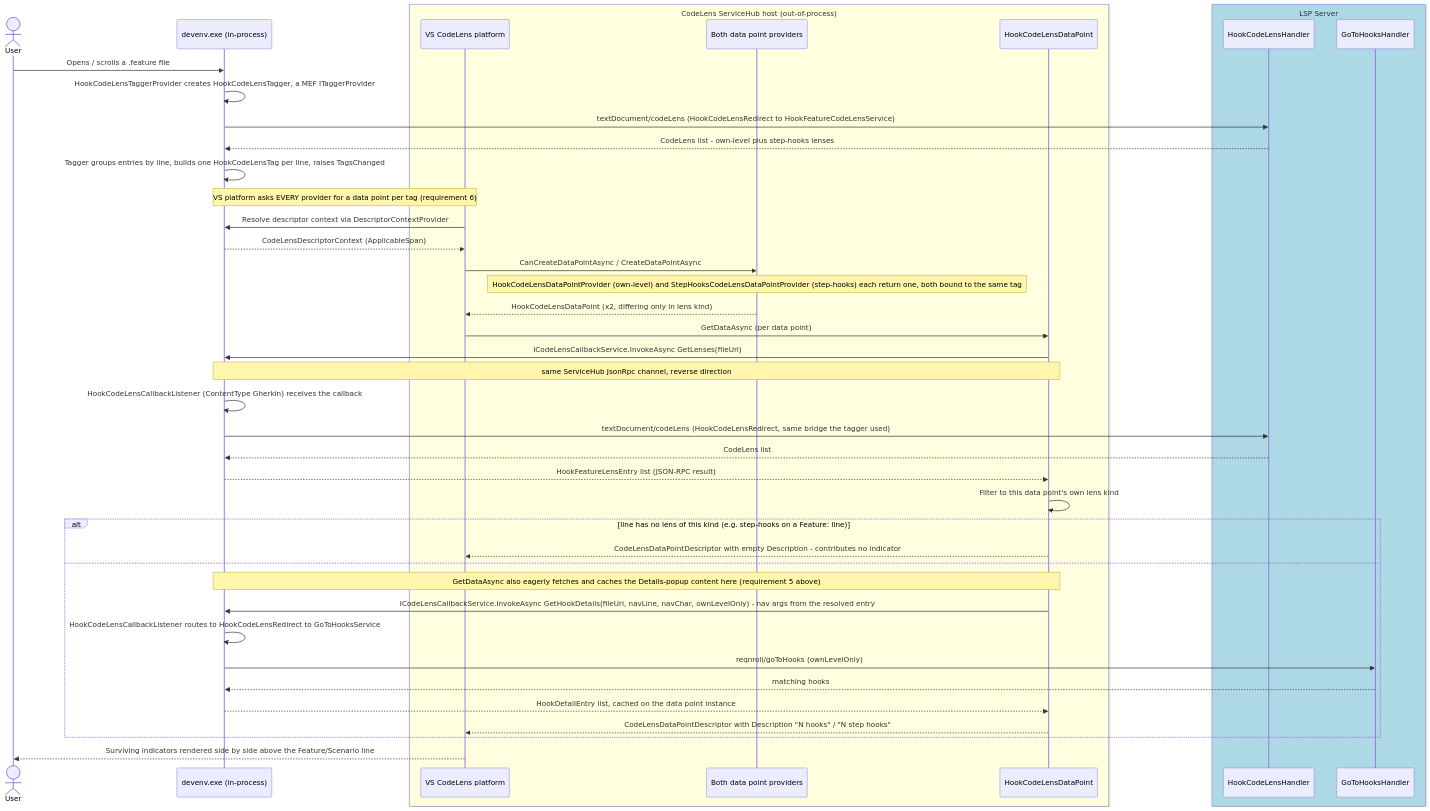
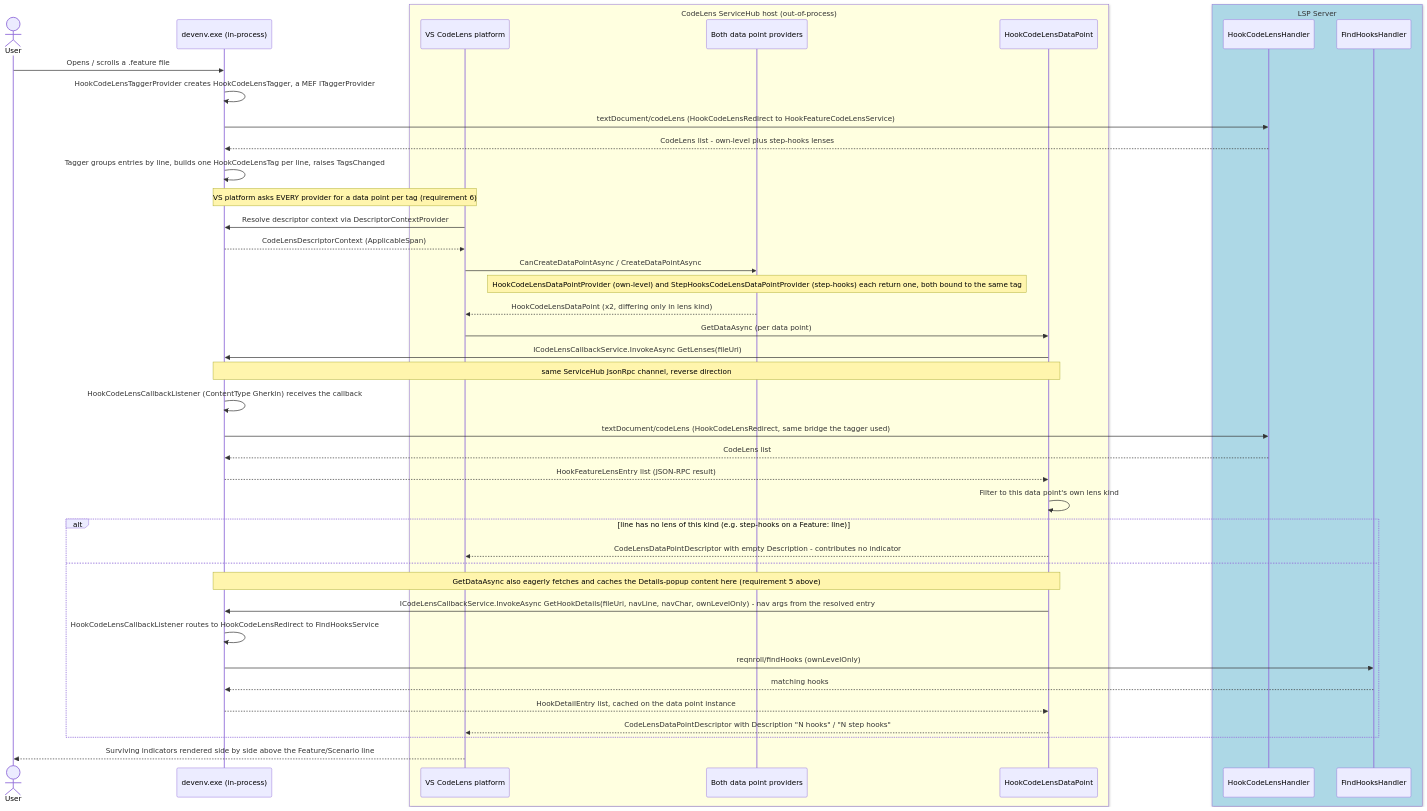
Before and after one commit to reqnroll/Reqnroll.IdeSupport: diagram 20 of 22 in docs/LSP-IDE-Support-Feature-Designs.md, drawn with Mermaid. The commit also changed other lines of this file and 62 other files, not shown here.

````diff
--- a/docs/LSP-IDE-Support-Feature-Designs.md
+++ b/docs/LSP-IDE-Support-Feature-Designs.md
@@ -1661,52 +1661,52 @@
 ```mermaid
 sequenceDiagram
     actor User
     participant IDE as devenv.exe (in-process)
 
     box LightYellow CodeLens ServiceHub host (out-of-process)
         participant Wrap as VS CodeLens platform
         participant Prov as Both data point providers
         participant DP as HookCodeLensDataPoint
     end
 
     box LightBlue LSP Server
         participant HCH as HookCodeLensHandler
-        participant GTH as GoToHooksHandler
+        participant GTH as FindHooksHandler
     end
 
     User->>IDE: Opens / scrolls a .feature file
     IDE->>IDE: HookCodeLensTaggerProvider creates HookCodeLensTagger, a MEF ITaggerProvider
     IDE->>HCH: textDocument/codeLens (HookCodeLensRedirect to HookFeatureCodeLensService)
     HCH-->>IDE: CodeLens list - own-level plus step-hooks lenses
     IDE->>IDE: Tagger groups entries by line, builds one HookCodeLensTag per line, raises TagsChanged
 
     Note over IDE,Wrap: VS platform asks EVERY provider for a data point per tag (requirement 6)
     Wrap->>IDE: Resolve descriptor context via DescriptorContextProvider
     IDE-->>Wrap: CodeLensDescriptorContext (ApplicableSpan)
     Wrap->>Prov: CanCreateDataPointAsync / CreateDataPointAsync
     Note over Prov: HookCodeLensDataPointProvider (own-level) and StepHooksCodeLensDataPointProvider (step-hooks) each return one, both bound to the same tag
     Prov-->>Wrap: HookCodeLensDataPoint (x2, differing only in lens kind)
 
     Wrap->>DP: GetDataAsync (per data point)
     DP->>IDE: ICodeLensCallbackService.InvokeAsync GetLenses(fileUri)
     Note over DP,IDE: same ServiceHub JsonRpc channel, reverse direction
     IDE->>IDE: HookCodeLensCallbackListener (ContentType Gherkin) receives the callback
     IDE->>HCH: textDocument/codeLens (HookCodeLensRedirect, same bridge the tagger used)
     HCH-->>IDE: CodeLens list
     IDE-->>DP: HookFeatureLensEntry list (JSON-RPC result)
 
     DP->>DP: Filter to this data point's own lens kind
     alt line has no lens of this kind (e.g. step-hooks on a Feature: line)
         DP-->>Wrap: CodeLensDataPointDescriptor with empty Description - contributes no indicator
     else
         Note over DP,IDE: GetDataAsync also eagerly fetches and caches the Details-popup content here (requirement 5 above)
         DP->>IDE: ICodeLensCallbackService.InvokeAsync GetHookDetails(fileUri, navLine, navChar, ownLevelOnly) - nav args from the resolved entry
-        IDE->>IDE: HookCodeLensCallbackListener routes to HookCodeLensRedirect to GoToHooksService
-        IDE->>GTH: reqnroll/goToHooks (ownLevelOnly)
+        IDE->>IDE: HookCodeLensCallbackListener routes to HookCodeLensRedirect to FindHooksService
+        IDE->>GTH: reqnroll/findHooks (ownLevelOnly)
         GTH-->>IDE: matching hooks
         IDE-->>DP: HookDetailEntry list, cached on the data point instance
 
         DP-->>Wrap: CodeLensDataPointDescriptor with Description "N hooks" / "N step hooks"
     end
     Wrap-->>User: Surviving indicators rendered side by side above the Feature/Scenario line
 ```
````
